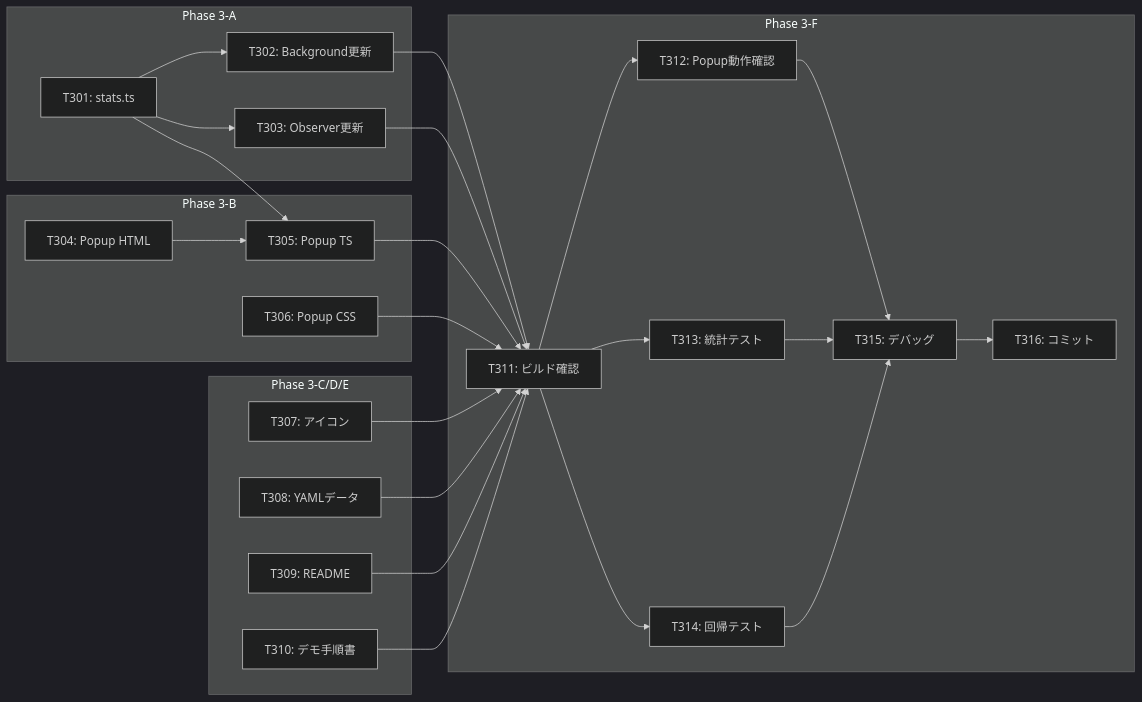
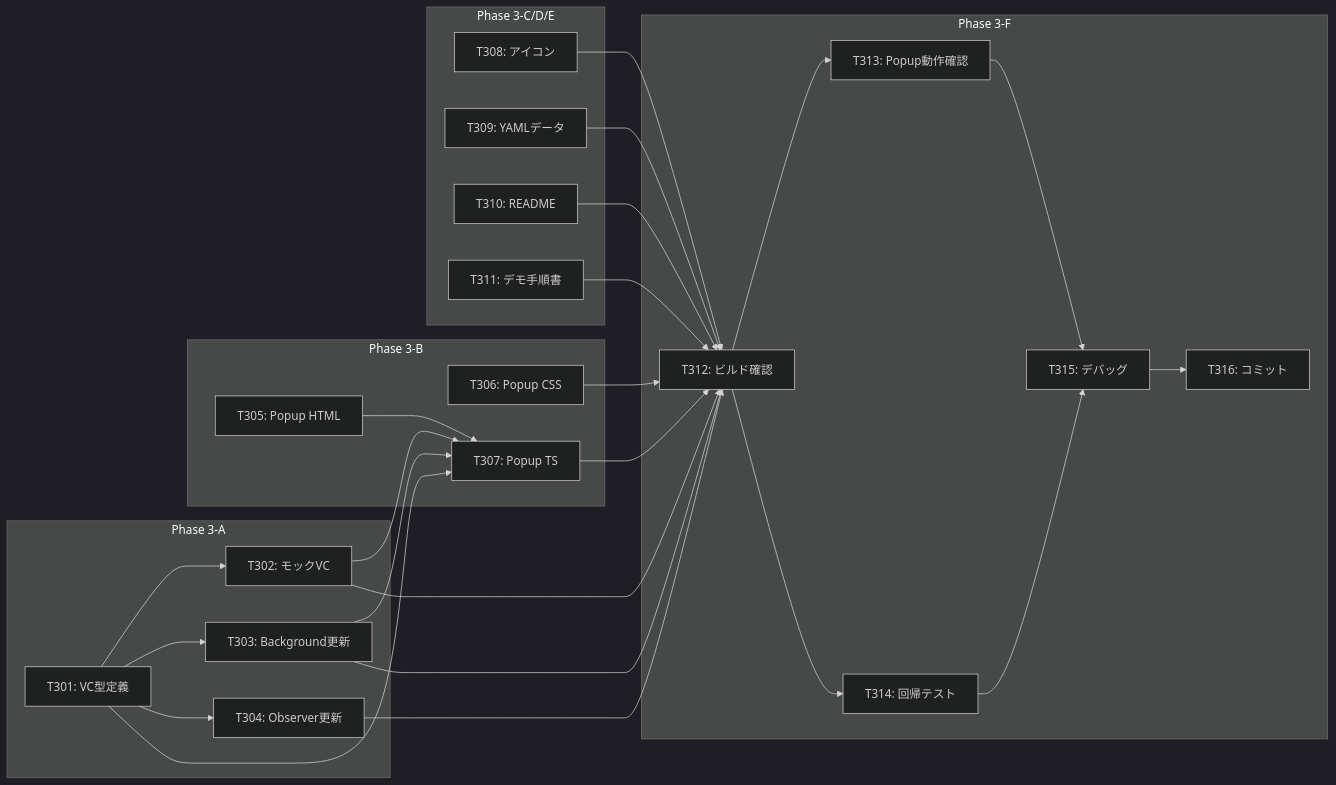
One commit to keitasunaga/fake-ad-alert-demo changed the diagram in .specs/fake-ad-alert-demo/phase-3/tasks.md. Above: the diagram before and after it, drawn with Mermaid (dark theme). The commit also changed other lines of this file and 2 other files, not shown here.

````diff
--- a/.specs/fake-ad-alert-demo/phase-3/tasks.md
+++ b/.specs/fake-ad-alert-demo/phase-3/tasks.md
@@ -314,50 +305,52 @@
 ```mermaid
 graph LR
     subgraph Phase 3-A
-        T301[T301: stats.ts]
-        T302[T302: Background更新]
-        T303[T303: Observer更新]
+        T301[T301: VC型定義]
+        T302[T302: モックVC]
+        T303[T303: Background更新]
+        T304[T304: Observer更新]
     end
 
     subgraph Phase 3-B
-        T304[T304: Popup HTML]
-        T305[T305: Popup TS]
+        T305[T305: Popup HTML]
         T306[T306: Popup CSS]
+        T307[T307: Popup TS]
     end
 
     subgraph Phase 3-C/D/E
-        T307[T307: アイコン]
-        T308[T308: YAMLデータ]
-        T309[T309: README]
-        T310[T310: デモ手順書]
+        T308[T308: アイコン]
+        T309[T309: YAMLデータ]
+        T310[T310: README]
+        T311[T311: デモ手順書]
     end
 
     subgraph Phase 3-F
-        T311[T311: ビルド確認]
-        T312[T312: Popup動作確認]
-        T313[T313: 統計テスト]
+        T312[T312: ビルド確認]
+        T313[T313: Popup動作確認]
         T314[T314: 回帰テスト]
         T315[T315: デバッグ]
         T316[T316: コミット]
     end
 
     T301 --> T302
     T301 --> T303
-    T301 --> T305
-    T304 --> T305
-    T302 --> T311
-    T303 --> T311
-    T305 --> T311
-    T306 --> T311
-    T307 --> T311
-    T308 --> T311
-    T309 --> T311
-    T310 --> T311
+    T301 --> T304
+    T301 --> T307
+    T302 --> T307
+    T303 --> T307
+    T305 --> T307
+    T302 --> T312
+    T303 --> T312
+    T304 --> T312
+    T306 --> T312
+    T307 --> T312
+    T308 --> T312
+    T309 --> T312
+    T310 --> T312
     T311 --> T312
-    T311 --> T313
-    T311 --> T314
-    T312 --> T315
+    T312 --> T313
+    T312 --> T314
     T313 --> T315
     T314 --> T315
     T315 --> T316
 ```
````
